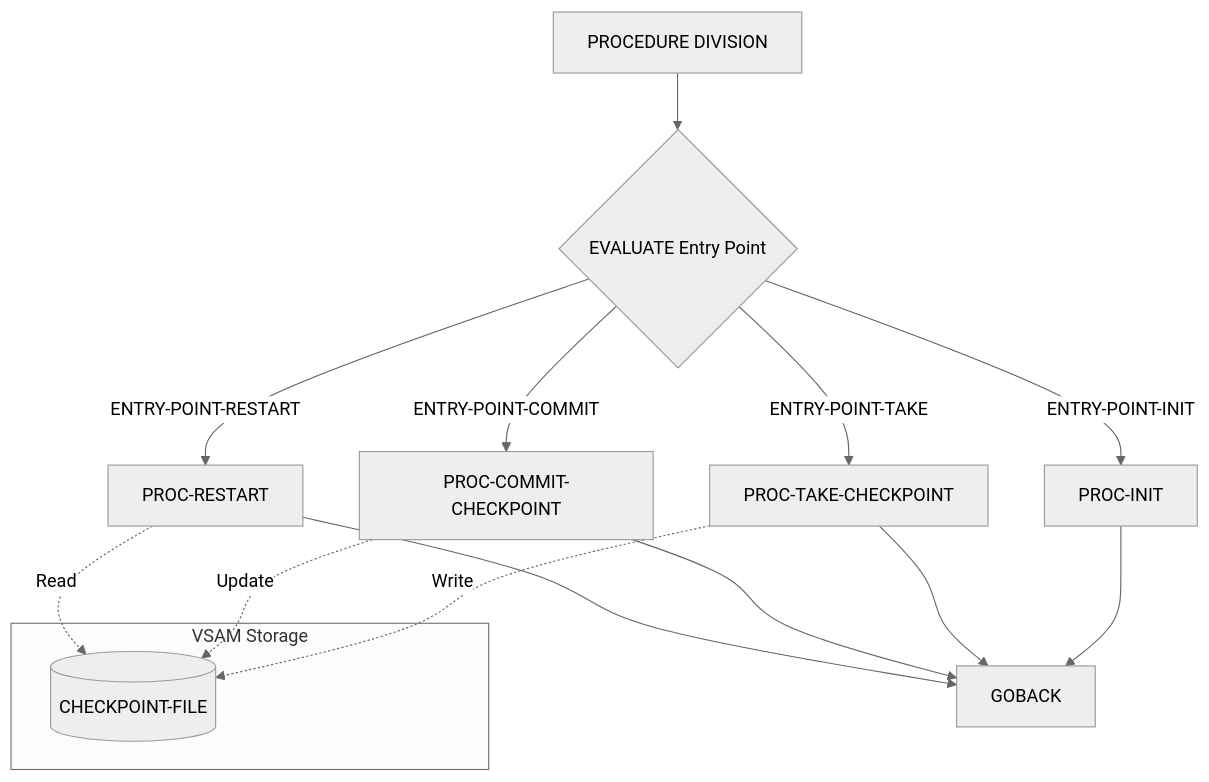
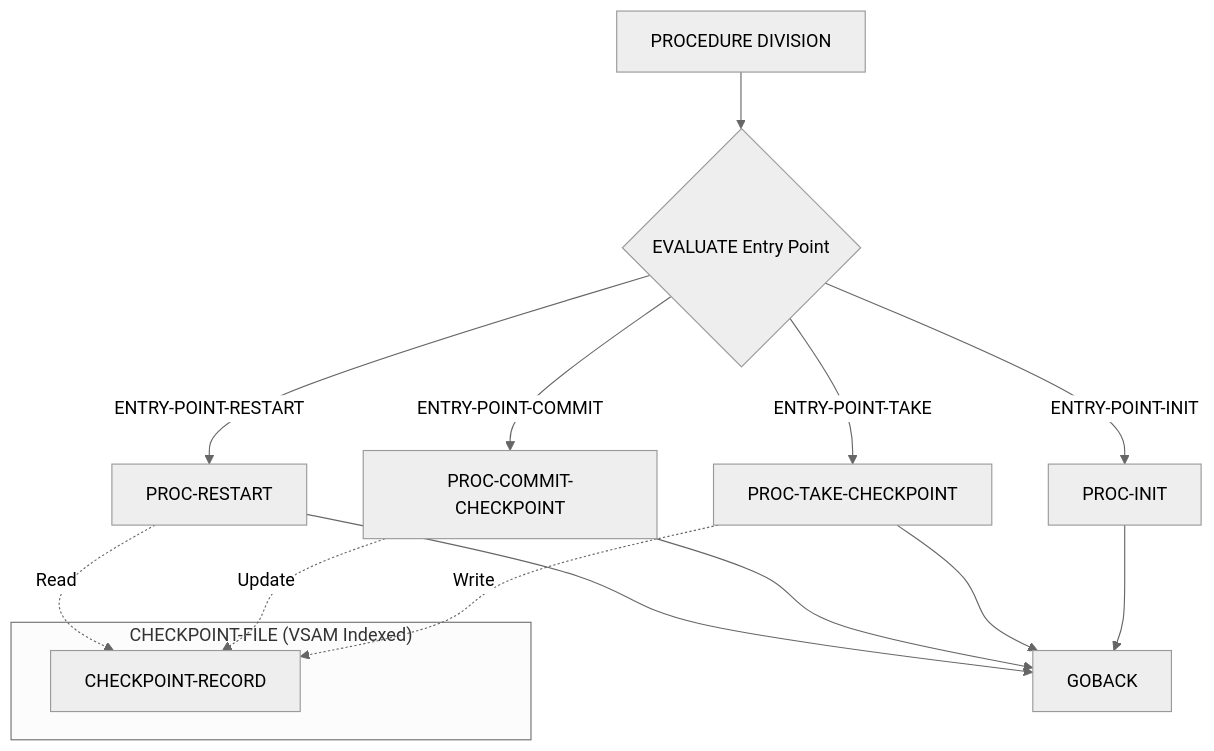
One commit to haladir-com/legacy-benchmark-docs-vb70e1 changed the diagram in docs/programs/CKPRST.mdx. Above: the diagram before and after it, drawn with Mermaid (neutral theme). The commit also changed other lines of this file and 63 other files, not shown here.

````diff
--- a/docs/programs/CKPRST.mdx
+++ b/docs/programs/CKPRST.mdx
@@ -16,20 +16,20 @@
 ```mermaid
 graph TD
     A[PROCEDURE DIVISION] --> B{EVALUATE Entry Point}
     B -->|ENTRY-POINT-INIT| C[PROC-INIT]
     B -->|ENTRY-POINT-TAKE| D[PROC-TAKE-CHECKPOINT]
     B -->|ENTRY-POINT-COMMIT| E[PROC-COMMIT-CHECKPOINT]
     B -->|ENTRY-POINT-RESTART| F[PROC-RESTART]
     C --> G[GOBACK]
     D --> G
     E --> G
     F --> G
     
-    subgraph "VSAM Storage"
-        H[(CHECKPOINT-FILE)]
+    subgraph "CHECKPOINT-FILE (VSAM Indexed)"
+        H[CHECKPOINT-RECORD]
     end
     
     D -.->|Write| H
     E -.->|Update| H
     F -.->|Read| H
 ```
````
